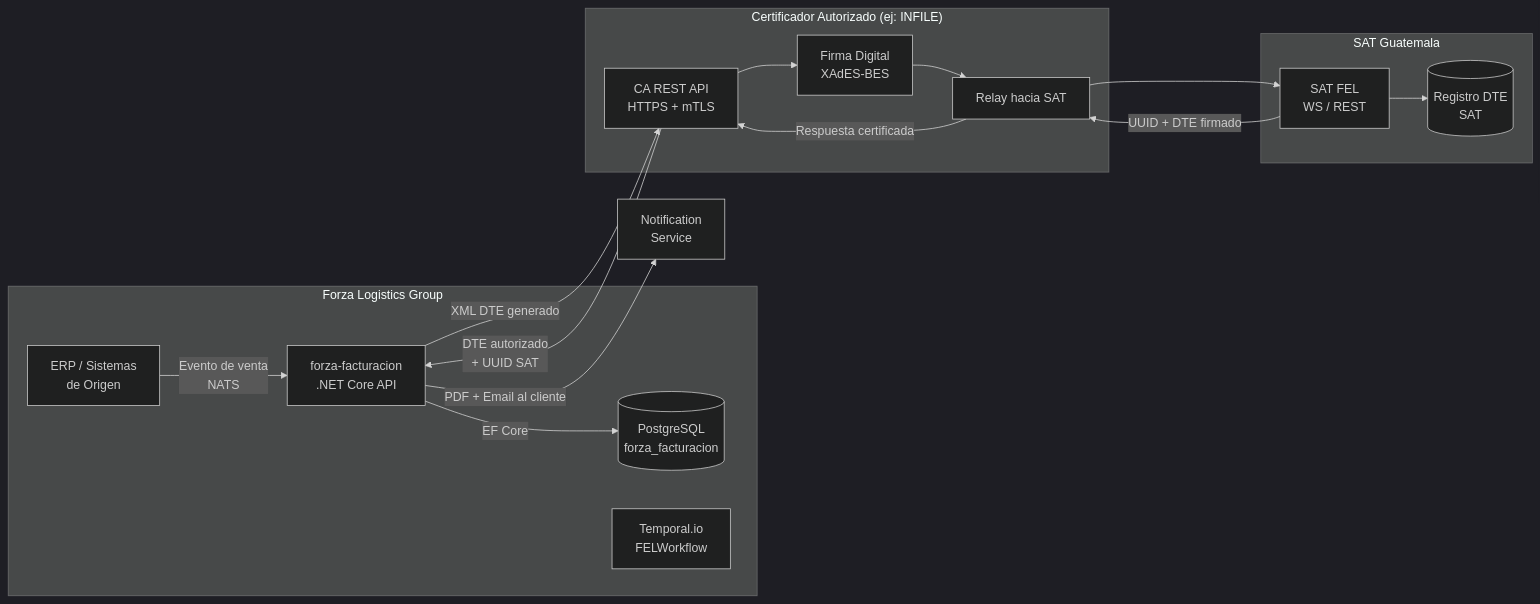
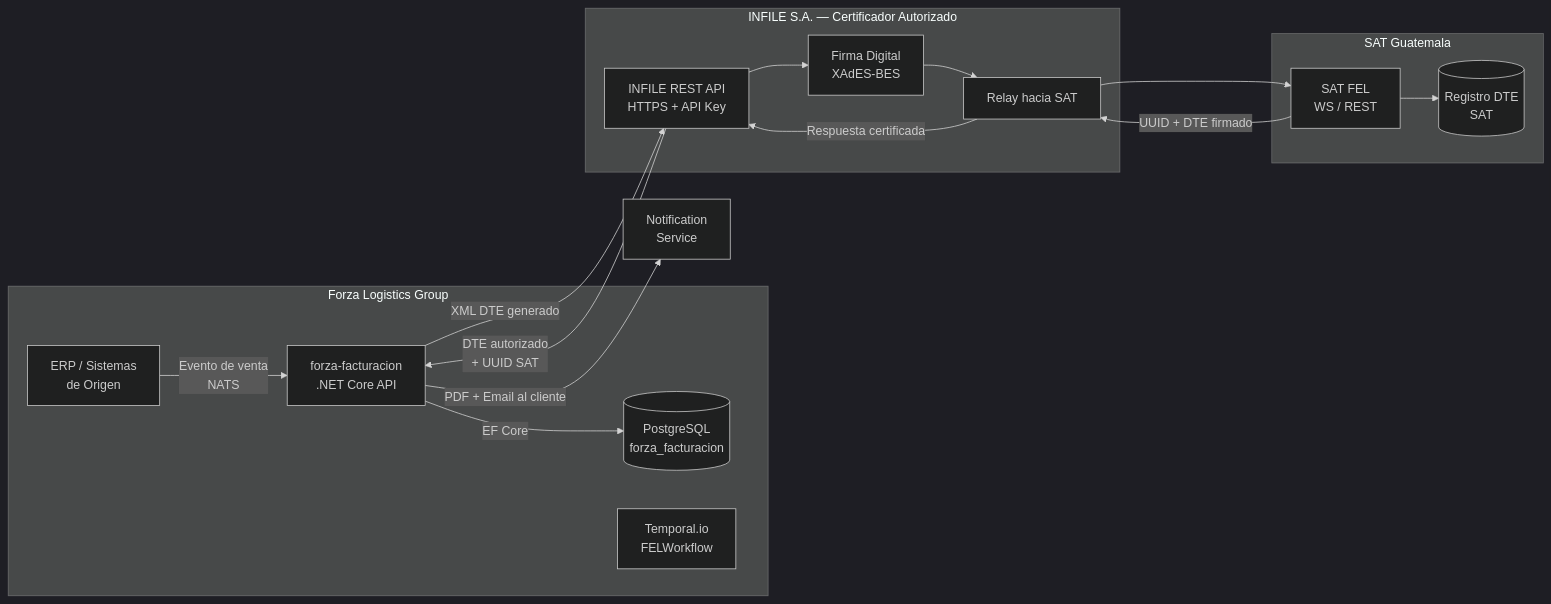
One commit to salasdavid8/ArquitecturaForza changed the first of 8 diagrams in docs/facturacion-fel/ARCHITECTURE.md. Above: the diagram before and after it, drawn with Mermaid (dark theme). The commit also changed other lines of this file, not shown here.

Commit message:
feat(facturacion): ajuste arquitectura FEL para usar INFILE como certificador autorizado con endpoints, headers y payloads especificos

````diff
--- a/docs/facturacion-fel/ARCHITECTURE.md
+++ b/docs/facturacion-fel/ARCHITECTURE.md
@@ -24,32 +25,32 @@
 ```mermaid
 flowchart LR
     subgraph Forza ["Forza Logistics Group"]
         ERP["ERP / Sistemas\nde Origen"]
         API["forza-facturacion\n.NET Core API"]
         PG[("PostgreSQL\nforza_facturacion")]
         Temporal["Temporal.io\nFELWorkflow"]
     end
 
-    subgraph CA ["Certificador Autorizado (ej: INFILE)"]
-        CAAPI["CA REST API\nHTTPS + mTLS"]
+    subgraph CA ["INFILE S.A. — Certificador Autorizado"]
+        CAAPI["INFILE REST API\nHTTPS + API Key"]
         CASign["Firma Digital\nXAdES-BES"]
         CASAT["Relay hacia SAT"]
     end
 
     subgraph SAT ["SAT Guatemala"]
         SATAPI["SAT FEL\nWS / REST"]
         SATDB[("Registro DTE\nSAT")]
     end
 
     ERP -->|"Evento de venta\nNATS"| API
     API -->|"XML DTE generado"| CAAPI
     CAAPI --> CASign
     CASign --> CASAT
     CASAT --> SATAPI
     SATAPI --> SATDB
     SATAPI -->|"UUID + DTE firmado"| CASAT
     CASAT -->|"Respuesta certificada"| CAAPI
     CAAPI -->|"DTE autorizado\n+ UUID SAT"| API
     API -->|"EF Core"| PG
     API -->|"PDF + Email al cliente"| Notif["Notification\nService"]
 ```
````
